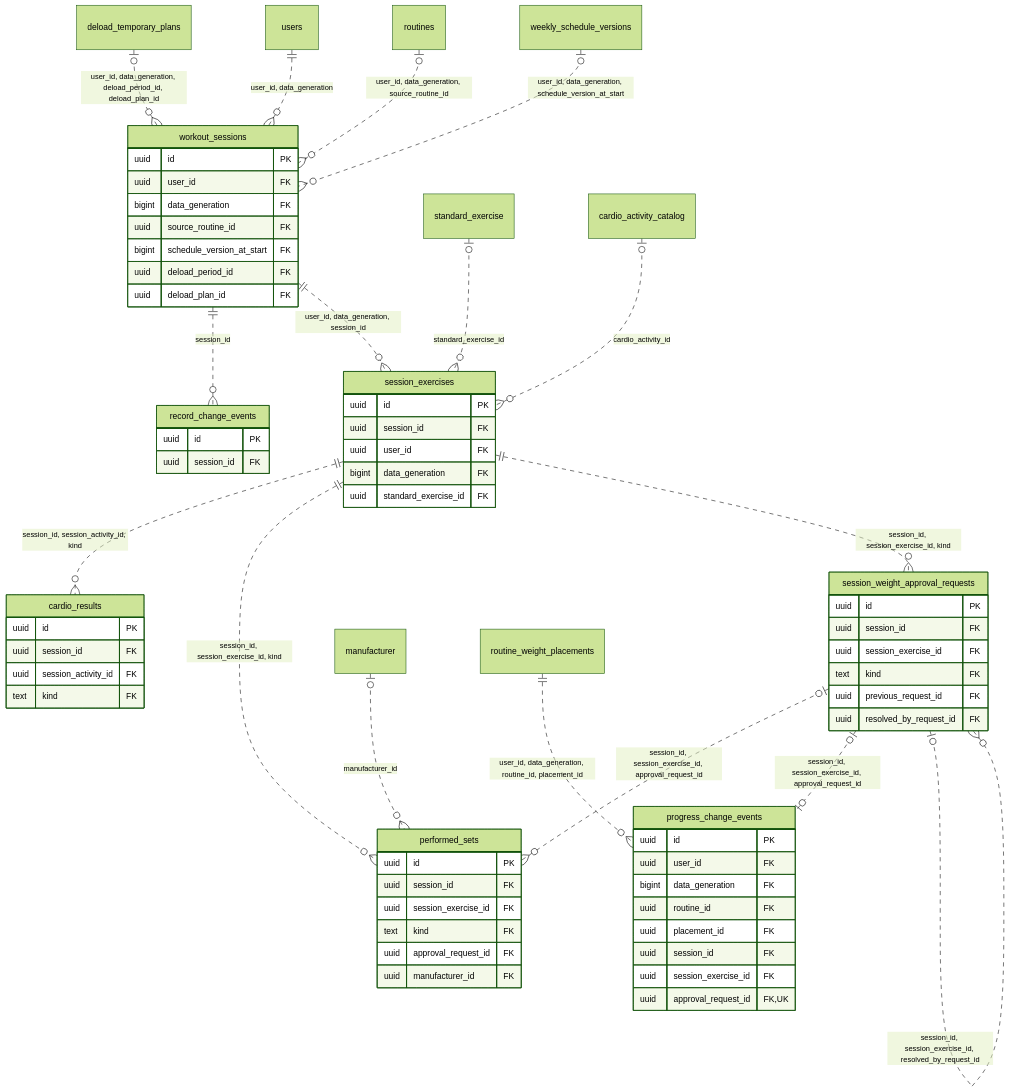
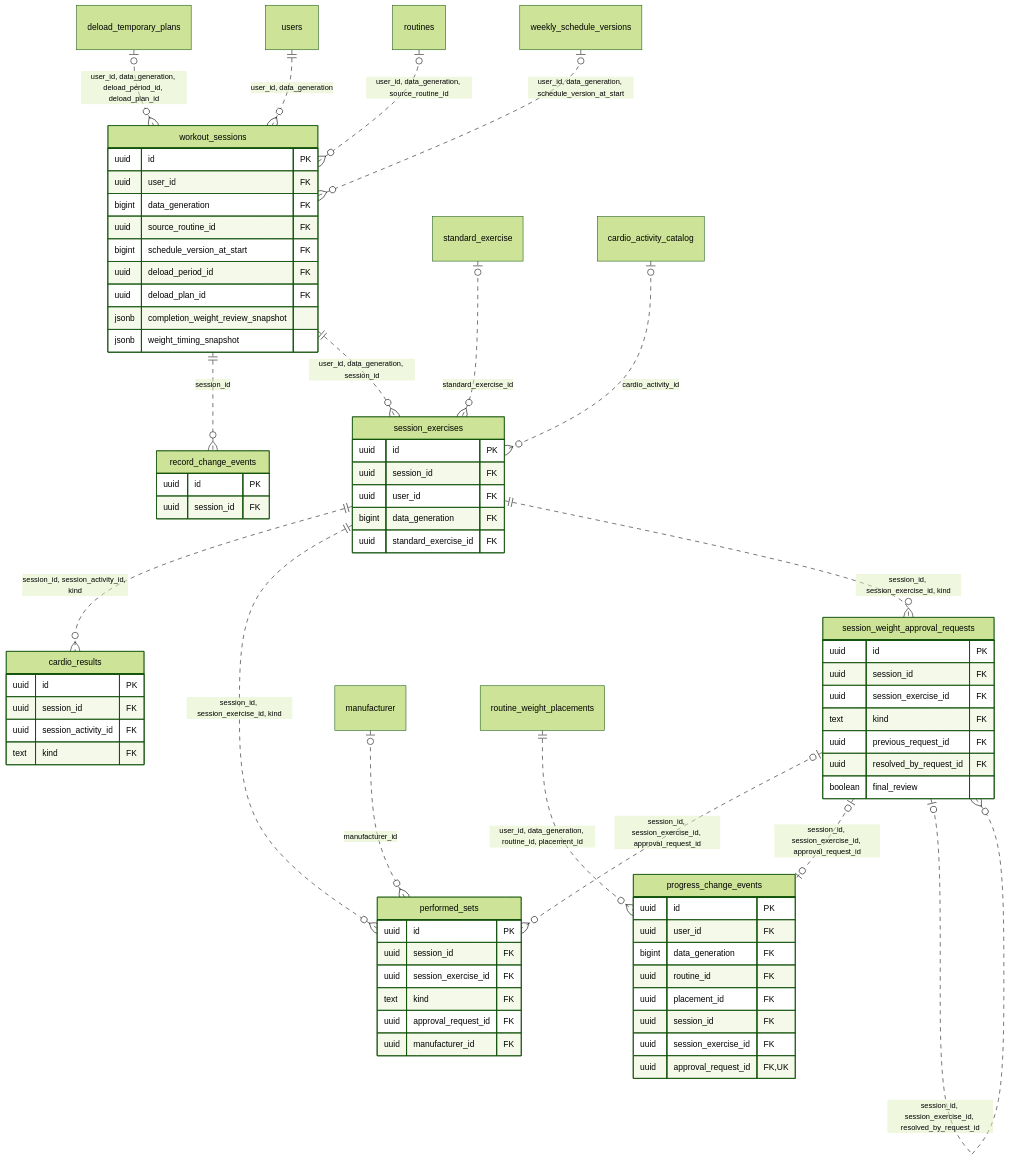
The sixth of 8 diagrams in docs/database/erd.md (Bona-Stella/overload-server), drawn with Mermaid (forest theme) before and after one commit. The commit also changed other lines of this file and 10 other files, not shown here.

````diff
--- a/docs/database/erd.md
+++ b/docs/database/erd.md
@@ -275,73 +275,76 @@
 ```mermaid
 erDiagram
     direction TB
     workout_sessions {
         uuid id PK
         uuid user_id FK
         bigint data_generation FK
         uuid source_routine_id FK
         bigint schedule_version_at_start FK
         uuid deload_period_id FK
         uuid deload_plan_id FK
+        jsonb completion_weight_review_snapshot
+        jsonb weight_timing_snapshot
     }
     session_exercises {
         uuid id PK
         uuid session_id FK
         uuid user_id FK
         bigint data_generation FK
         uuid standard_exercise_id FK
     }
     performed_sets {
         uuid id PK
         uuid session_id FK
         uuid session_exercise_id FK
         text kind FK
         uuid approval_request_id FK
         uuid manufacturer_id FK
     }
     cardio_results {
         uuid id PK
         uuid session_id FK
         uuid session_activity_id FK
         text kind FK
     }
     session_weight_approval_requests {
         uuid id PK
         uuid session_id FK
         uuid session_exercise_id FK
         text kind FK
         uuid previous_request_id FK
         uuid resolved_by_request_id FK
+        boolean final_review
     }
     progress_change_events {
         uuid id PK
         uuid user_id FK
         bigint data_generation FK
         uuid routine_id FK
         uuid placement_id FK
         uuid session_id FK
         uuid session_exercise_id FK
         uuid approval_request_id FK, UK
     }
     record_change_events {
         uuid id PK
         uuid session_id FK
     }
     session_exercises ||..o{ cardio_results : "session_id, session_activity_id, kind"
     manufacturer |o..o{ performed_sets : "manufacturer_id"
     session_weight_approval_requests |o..o{ performed_sets : "session_id, session_exercise_id, approval_request_id"
     session_exercises ||..o{ performed_sets : "session_id, session_exercise_id, kind"
     session_weight_approval_requests |o..o| progress_change_events : "session_id, session_exercise_id, approval_request_id"
     routine_weight_placements ||..o{ progress_change_events : "user_id, data_generation, routine_id, placement_id"
     workout_sessions ||..o{ record_change_events : "session_id"
     standard_exercise |o..o{ session_exercises : "standard_exercise_id"
     cardio_activity_catalog |o..o{ session_exercises : "cardio_activity_id"
     workout_sessions ||..o{ session_exercises : "user_id, data_generation, session_id"
     session_weight_approval_requests |o..o{ session_weight_approval_requests : "session_id, session_exercise_id, previous_request_id"
     session_weight_approval_requests |o..o{ session_weight_approval_requests : "session_id, session_exercise_id, resolved_by_request_id"
     session_exercises ||..o{ session_weight_approval_requests : "session_id, session_exercise_id, kind"
     deload_temporary_plans |o..o{ workout_sessions : "user_id, data_generation, deload_period_id, deload_plan_id"
     users ||..o{ workout_sessions : "user_id, data_generation"
     routines |o..o{ workout_sessions : "user_id, data_generation, source_routine_id"
     weekly_schedule_versions |o..o{ workout_sessions : "user_id, data_generation, schedule_version_at_start"
 ```
````
